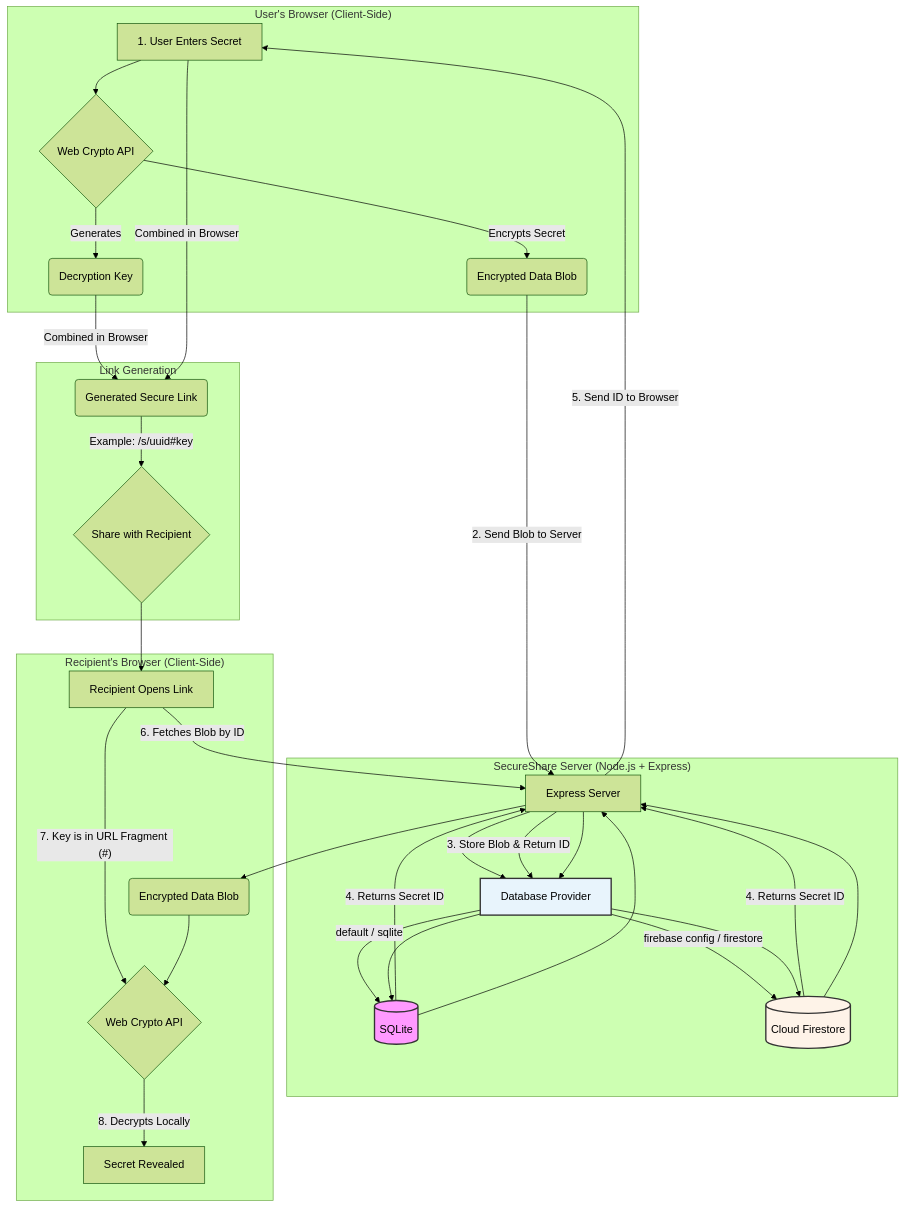
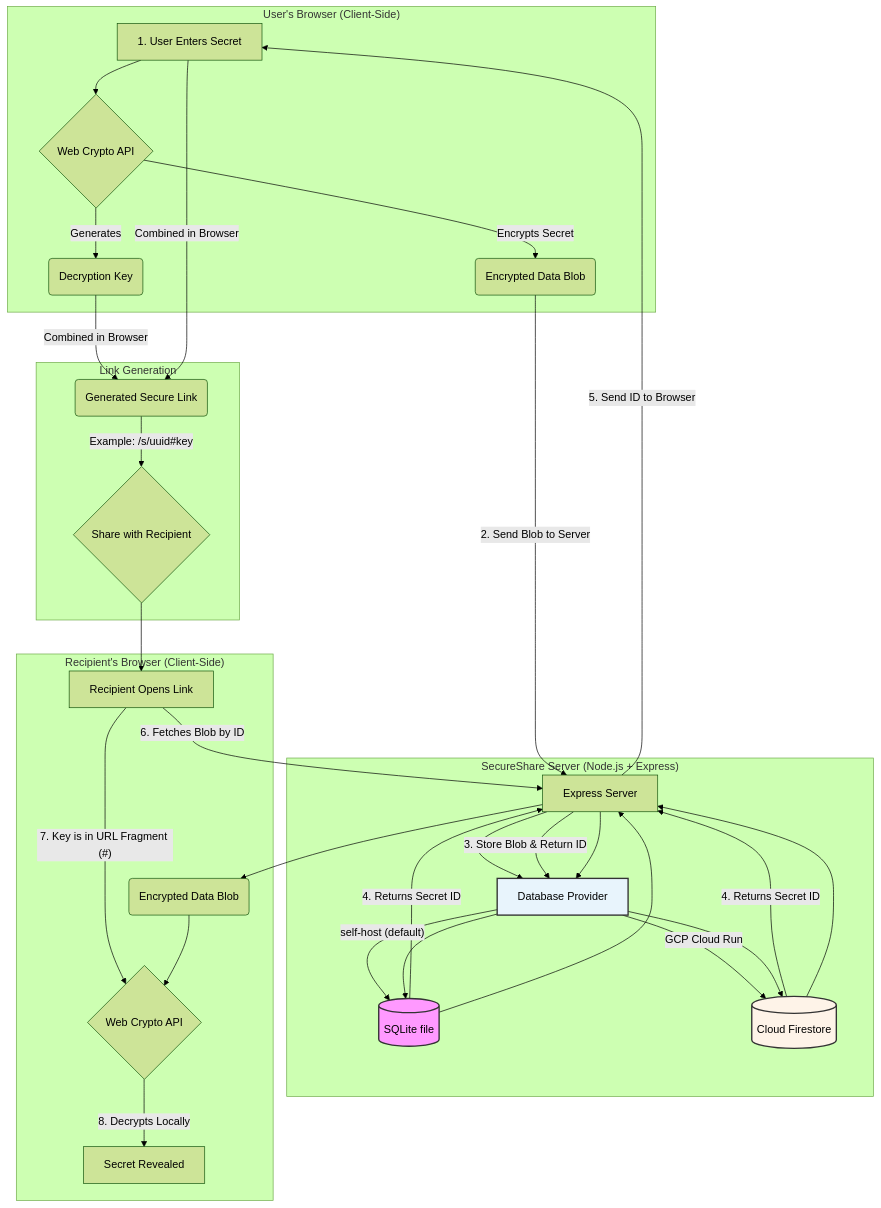
Before and after one commit to ekos-partner/SecureShare-App: the diagram in README.md, drawn with Mermaid (forest theme). The commit also changed other lines of this file and 18 other files, not shown here.

First line of the commit message:
Release v4.2.0: GCP Firestore env config, PWA, and deployment docs.

````diff
--- a/README.md
+++ b/README.md
@@ -74,45 +75,45 @@
 ```mermaid
 graph TD
     subgraph "User's Browser (Client-Side)"
         A[1. User Enters Secret] --> B{Web Crypto API};
         B -- "Generates" --> C(Decryption Key);
         B -- "Encrypts Secret" --> D(Encrypted Data Blob);
     end
 
     subgraph "SecureShare Server (Node.js + Express)"
         E[Express Server] --> P[Database Provider];
-        P -->|default / sqlite| F[(SQLite)];
-        P -->|firebase config / firestore| G[(Cloud Firestore)];
+        P -->|"self-host (default)"| F[(SQLite file)];
+        P -->|"GCP Cloud Run"| G[(Cloud Firestore)];
     end
 
     D -->|2. Send Blob to Server| E;
     E -->|3. Store Blob & Return ID| P;
     F -->|4. Returns Secret ID| E;
     G -->|4. Returns Secret ID| E;
     E -->|5. Send ID to Browser| A;
 
     subgraph "Link Generation"
         C -- "Combined in Browser" --> I(Generated Secure Link);
         A -- "Combined in Browser" --> I;
         I -- "Example: /s/uuid#key" --> J{Share with Recipient};
     end
 
     J --> K[Recipient Opens Link];
 
     subgraph "Recipient's Browser (Client-Side)"
         K -- "6. Fetches Blob by ID" --> E;
         E --> P;
         P --> F;
         P --> G;
         F --> E;
         G --> E;
         E --> L(Encrypted Data Blob);
         K -- "7. Key is in URL Fragment (#)" --> M{Web Crypto API};
         L --> M;
         M -->|8. Decrypts Locally| N[Secret Revealed];
     end
 
     style P fill:#e8f4fc,stroke:#333,stroke-width:2px
     style F fill:#f9f,stroke:#333,stroke-width:2px
     style G fill:#fef3e8,stroke:#333,stroke-width:2px
 ```
````
